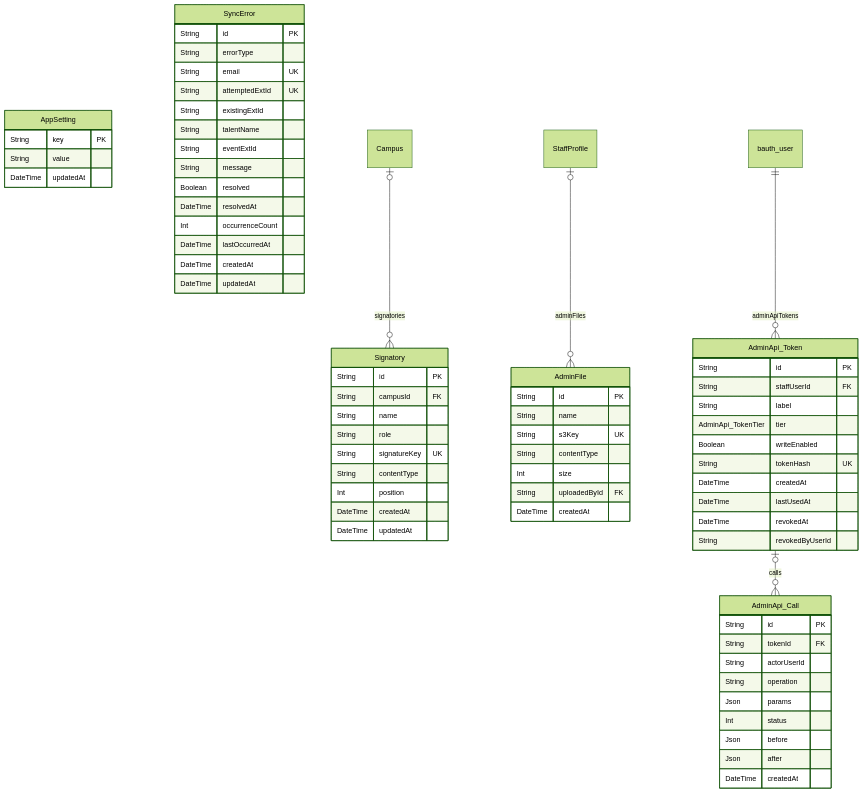
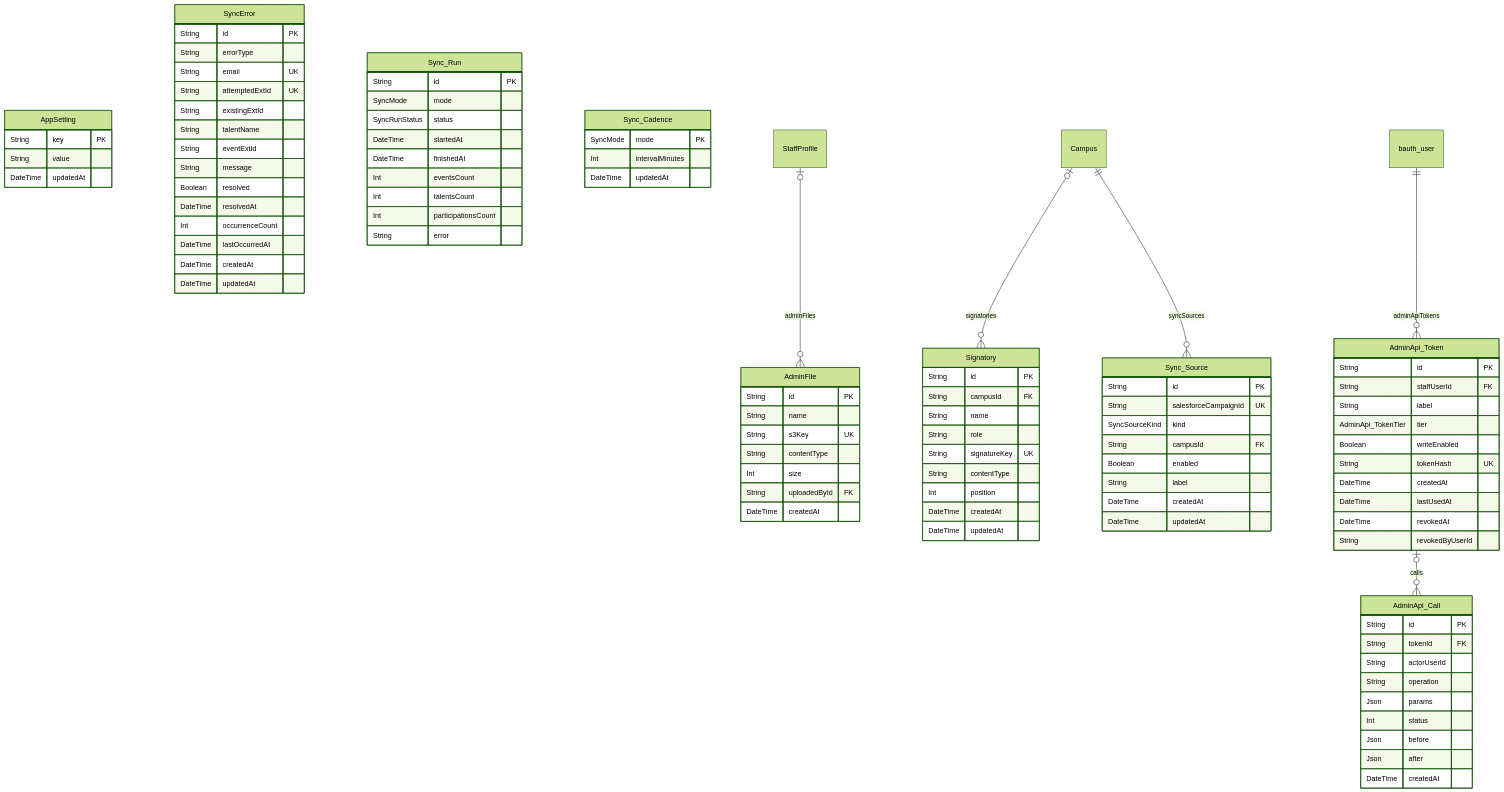
Diagram 12 of 12 in frontend/docs/database.md (Manta-Epitech-Academy/jump), drawn with Mermaid (forest theme) before and after one commit. The commit also changed other lines of this file and 3 other files, not shown here.

````diff
--- a/frontend/docs/database.md
+++ b/frontend/docs/database.md
@@ -976,6 +976,32 @@
     DateTime createdAt
     DateTime updatedAt
   }
+  Sync_Source {
+    String id PK
+    String salesforceCampaignId UK
+    SyncSourceKind kind
+    String campusId FK
+    Boolean enabled
+    String label
+    DateTime createdAt
+    DateTime updatedAt
+  }
+  Sync_Run {
+    String id PK
+    SyncMode mode
+    SyncRunStatus status
+    DateTime startedAt
+    DateTime finishedAt
+    Int eventsCount
+    Int talentsCount
+    Int participationsCount
+    String error
+  }
+  Sync_Cadence {
+    SyncMode mode PK
+    Int intervalMinutes
+    DateTime updatedAt
+  }
   AdminApi_Token {
     String id PK
     String staffUserId FK
@@ -1008,5 +1034,6 @@
   bauth_user ||--o{ AdminApi_Token : "adminApiTokens"
   StaffProfile |o--o{ AdminFile : "adminFiles"
   Campus |o--o{ Signatory : "signatories"
+  Campus ||--o{ Sync_Source : "syncSources"
   AdminApi_Token |o--o{ AdminApi_Call : "calls"
 ```
````
